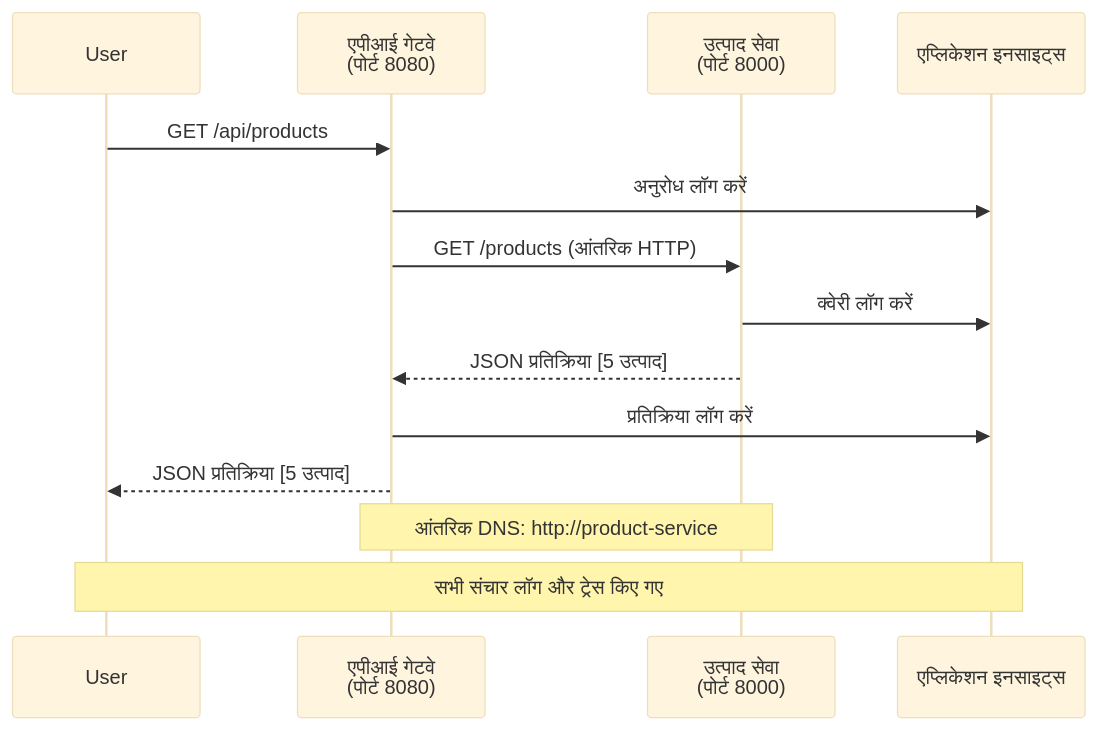
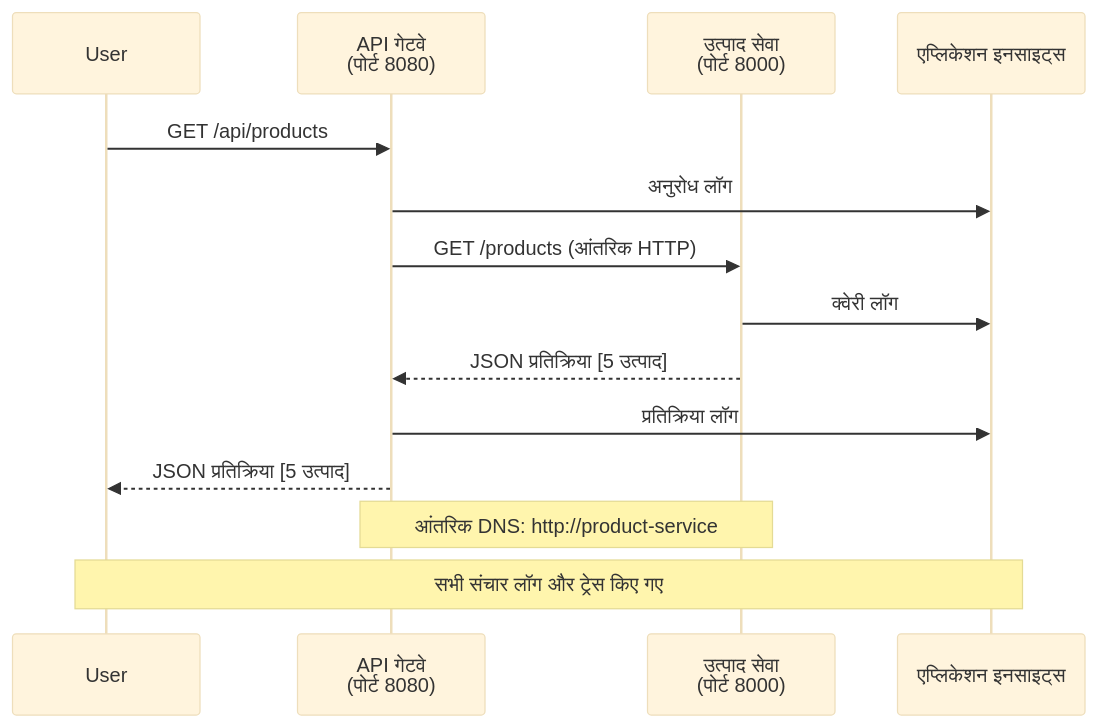
Before and after one commit to microsoft/AZD-for-beginners: the fourth of 4 diagrams in translations/hi/examples/microservices/README.md, drawn with Mermaid (base theme). The commit also changed other lines of this file and 242 other files, not shown here.

````diff
--- a/translations/hi/examples/microservices/README.md
+++ b/translations/hi/examples/microservices/README.md
@@ -432,18 +423,18 @@
 ```mermaid
 sequenceDiagram
     participant User
-    participant Gateway as एपीआई गेटवे<br/>(पोर्ट 8080)
+    participant Gateway as API गेटवे<br/>(पोर्ट 8080)
     participant Product as उत्पाद सेवा<br/>(पोर्ट 8000)
     participant AI as एप्लिकेशन इनसाइट्स
     
     User->>Gateway: GET /api/products
-    Gateway->>AI: अनुरोध लॉग करें
+    Gateway->>AI: अनुरोध लॉग
     Gateway->>Product: GET /products (आंतरिक HTTP)
-    Product->>AI: क्वेरी लॉग करें
+    Product->>AI: क्वेरी लॉग
     Product-->>Gateway: JSON प्रतिक्रिया [5 उत्पाद]
-    Gateway->>AI: प्रतिक्रिया लॉग करें
+    Gateway->>AI: प्रतिक्रिया लॉग
     Gateway-->>User: JSON प्रतिक्रिया [5 उत्पाद]
     
     Note over Gateway,Product: आंतरिक DNS: http://product-service
     Note over User,AI: सभी संचार लॉग और ट्रेस किए गए
 ```
````
